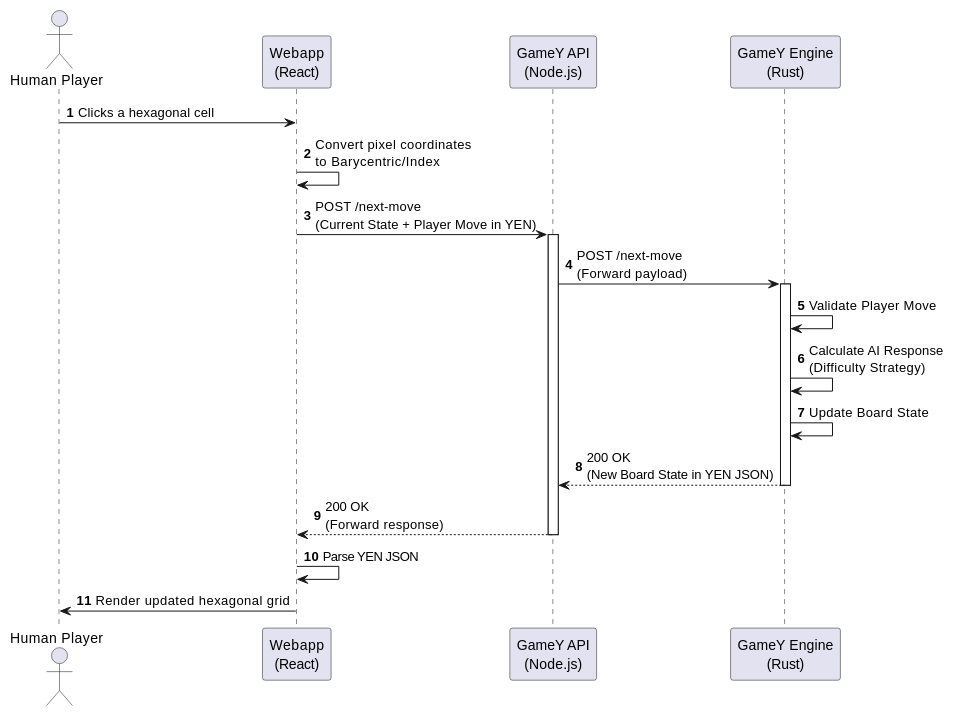
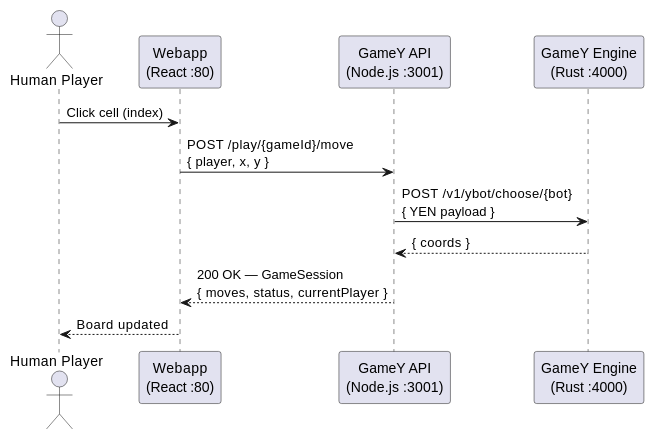
Before and after one commit to Arquisoft/yovi_en1a: the first of 5 diagrams in docs/src/06_runtime_view.adoc, drawn with PlantUML. The commit also changed other lines of this file and 1 other file, not shown here.

```diff
--- a/docs/src/06_runtime_view.adoc
+++ b/docs/src/06_runtime_view.adoc
@@ -10,29 +10,16 @@
 [plantuml, target="human-vs-ai-move", format="png"]
 ----
 @startuml
-autonumber
-actor "Human Player" as User
-participant "Webapp\n(React)" as UI
-participant "GameY API\n(Node.js)" as API
-participant "GameY Engine\n(Rust)" as Rust
+actor "Human Player" as Player
+participant "Webapp\n(React :80)" as Webapp
+participant "GameY API\n(Node.js :3001)" as API
+participant "GameY Engine\n(Rust :4000)" as Engine
 
-User -> UI : Clicks a hexagonal cell
-UI -> UI : Convert pixel coordinates\nto Barycentric/Index
-UI -> API : POST /next-move \n(Current State + Player Move in YEN)
-activate API
-API -> Rust : POST /next-move \n(Forward payload)
-activate Rust
-
-Rust -> Rust : Validate Player Move
-Rust -> Rust : Calculate AI Response \n(Difficulty Strategy)
-Rust -> Rust : Update Board State
-
-Rust --> API : 200 OK \n(New Board State in YEN JSON)
-deactivate Rust
-API --> UI : 200 OK \n(Forward response)
-deactivate API
-
-UI -> UI : Parse YEN JSON
-UI -> User : Render updated hexagonal grid
+Player -> Webapp : Click cell (index)
+Webapp -> API : POST /play/{gameId}/move\n{ player, x, y }
+API -> Engine : POST /v1/ybot/choose/{bot}\n{ YEN payload }
+Engine --> API : { coords }
+API --> Webapp : 200 OK — GameSession\n{ moves, status, currentPlayer }
+Webapp --> Player : Board updated
 @enduml
 ----
```
